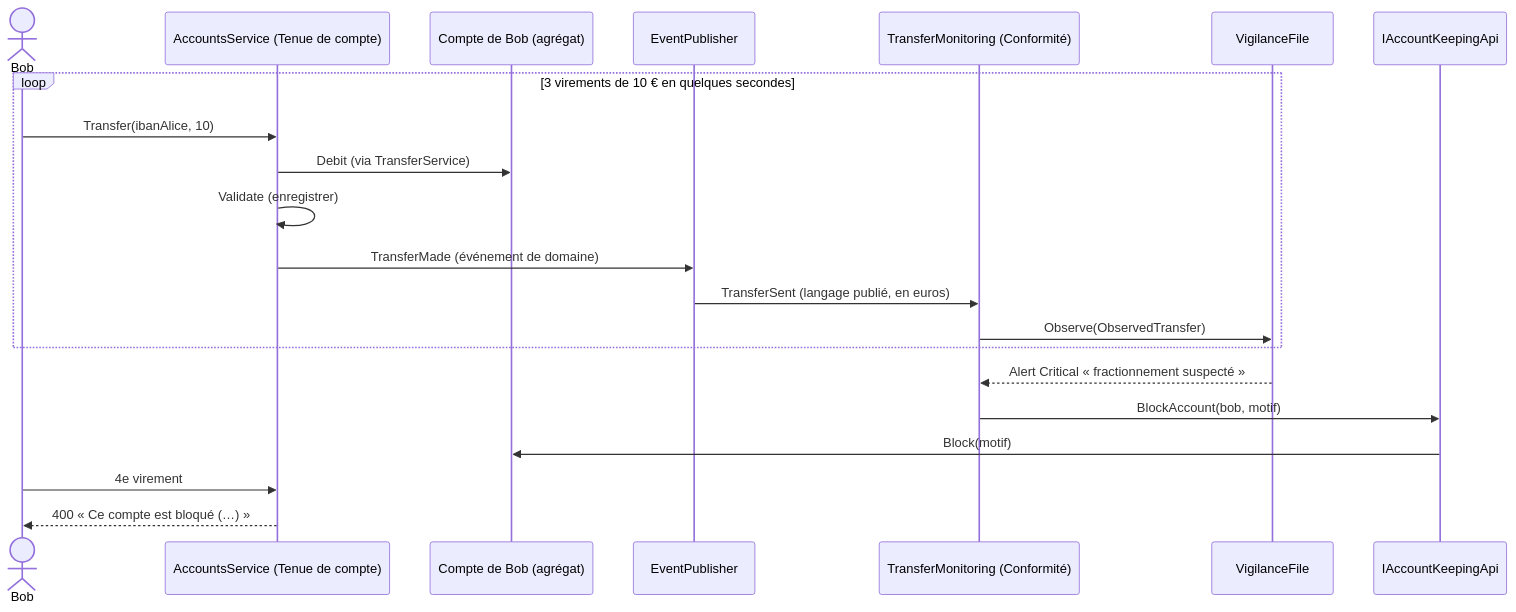
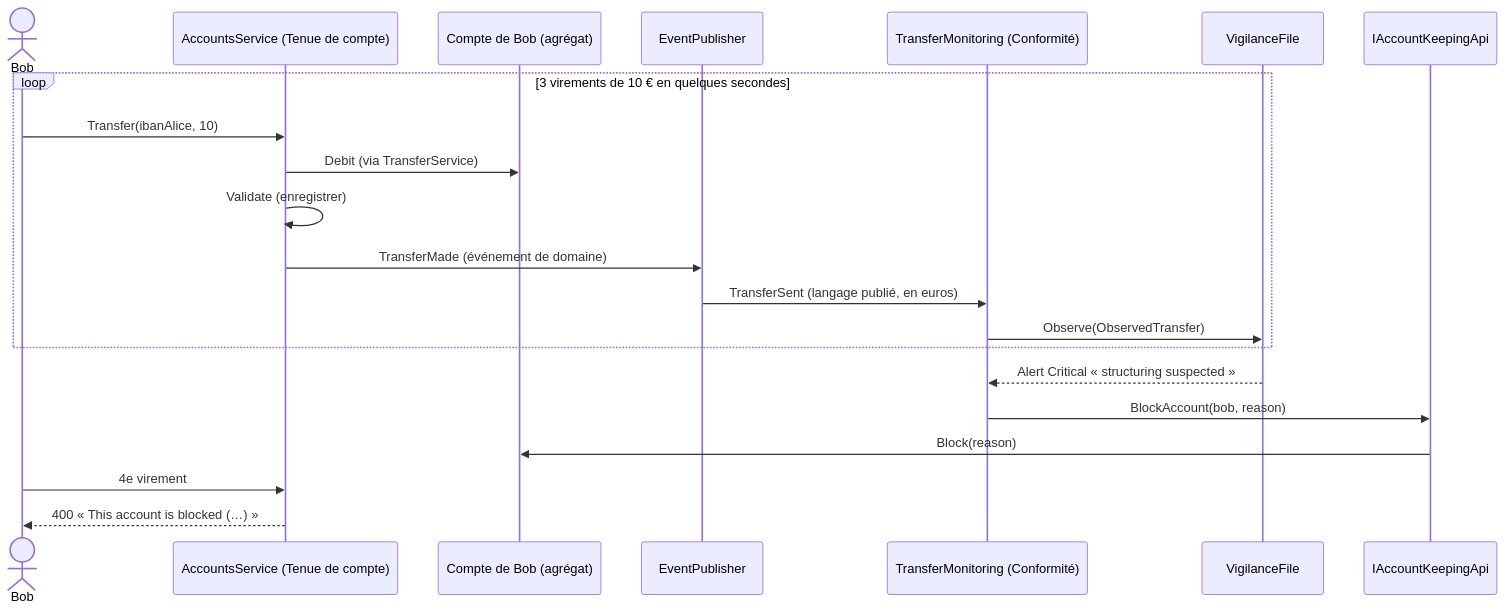
The fourth of 4 diagrams in Docs/11-ddd.md (drangoht/ArchitecturesDemo), drawn with Mermaid before and after one commit. The commit also changed 78 other files, not shown here.

First line of the commit message:
Docs EN : identifiants, liens, diagrammes et sorties alignés sur le code anglais

````diff
--- a/Docs/11-ddd.md
+++ b/Docs/11-ddd.md
@@ -255,23 +255,23 @@
 ```mermaid
 sequenceDiagram
     actor Bob
     participant SC as AccountsService (Tenue de compte)
     participant C as Compte de Bob (agrégat)
     participant Pub as EventPublisher
     participant Surv as TransferMonitoring (Conformité)
     participant Dos as VigilanceFile
     participant Api as IAccountKeepingApi
     loop 3 virements de 10 € en quelques secondes
         Bob->>SC: Transfer(ibanAlice, 10)
         SC->>C: Debit (via TransferService)
         SC->>SC: Validate (enregistrer)
         SC->>Pub: TransferMade (événement de domaine)
         Pub->>Surv: TransferSent (langage publié, en euros)
         Surv->>Dos: Observe(ObservedTransfer)
     end
-    Dos-->>Surv: Alert Critical « fractionnement suspecté »
-    Surv->>Api: BlockAccount(bob, motif)
-    Api->>C: Block(motif)
+    Dos-->>Surv: Alert Critical « structuring suspected »
+    Surv->>Api: BlockAccount(bob, reason)
+    Api->>C: Block(reason)
     Bob->>SC: 4e virement
-    SC-->>Bob: 400 « Ce compte est bloqué (…) »
+    SC-->>Bob: 400 « This account is blocked (…) »
 ```
````
